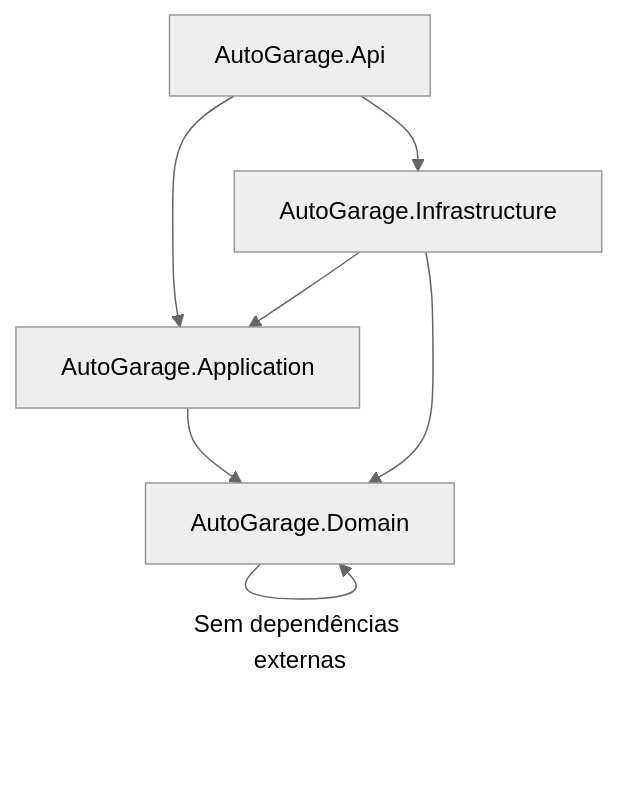
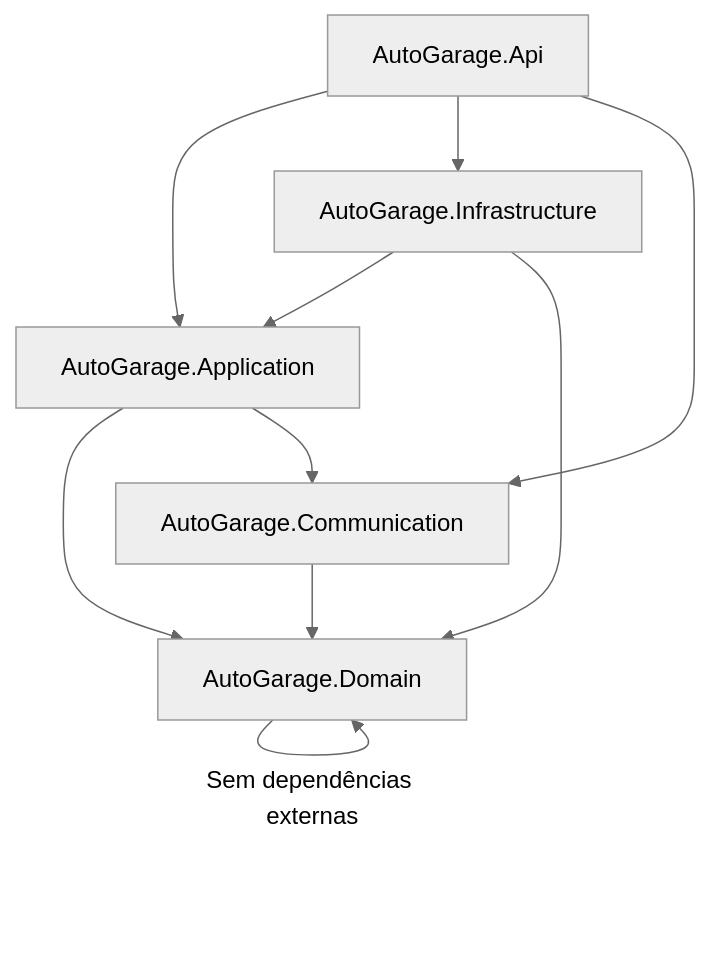
The diagram in docs/arquitetura/README.md (alysonGuimaraes/oficina-mecanica-api), drawn with Mermaid (neutral theme) before and after one commit. The commit also changed other lines of this file and 62 other files, not shown here.

````diff
--- a/docs/arquitetura/README.md
+++ b/docs/arquitetura/README.md
@@ -24,9 +26,12 @@
 ```mermaid
 graph TD
     API[AutoGarage.Api] --> APP[AutoGarage.Application]
     API --> INF[AutoGarage.Infrastructure]
+    API --> COM[AutoGarage.Communication]
     INF[AutoGarage.Infrastructure] --> APP[AutoGarage.Application]
     INF --> DOM[AutoGarage.Domain]
     APP[AutoGarage.Application] --> DOM[AutoGarage.Domain]
+    APP --> COM
+    COM --> DOM
     DOM[AutoGarage.Domain] -->|Sem dependências externas| DOM
 ```
````
